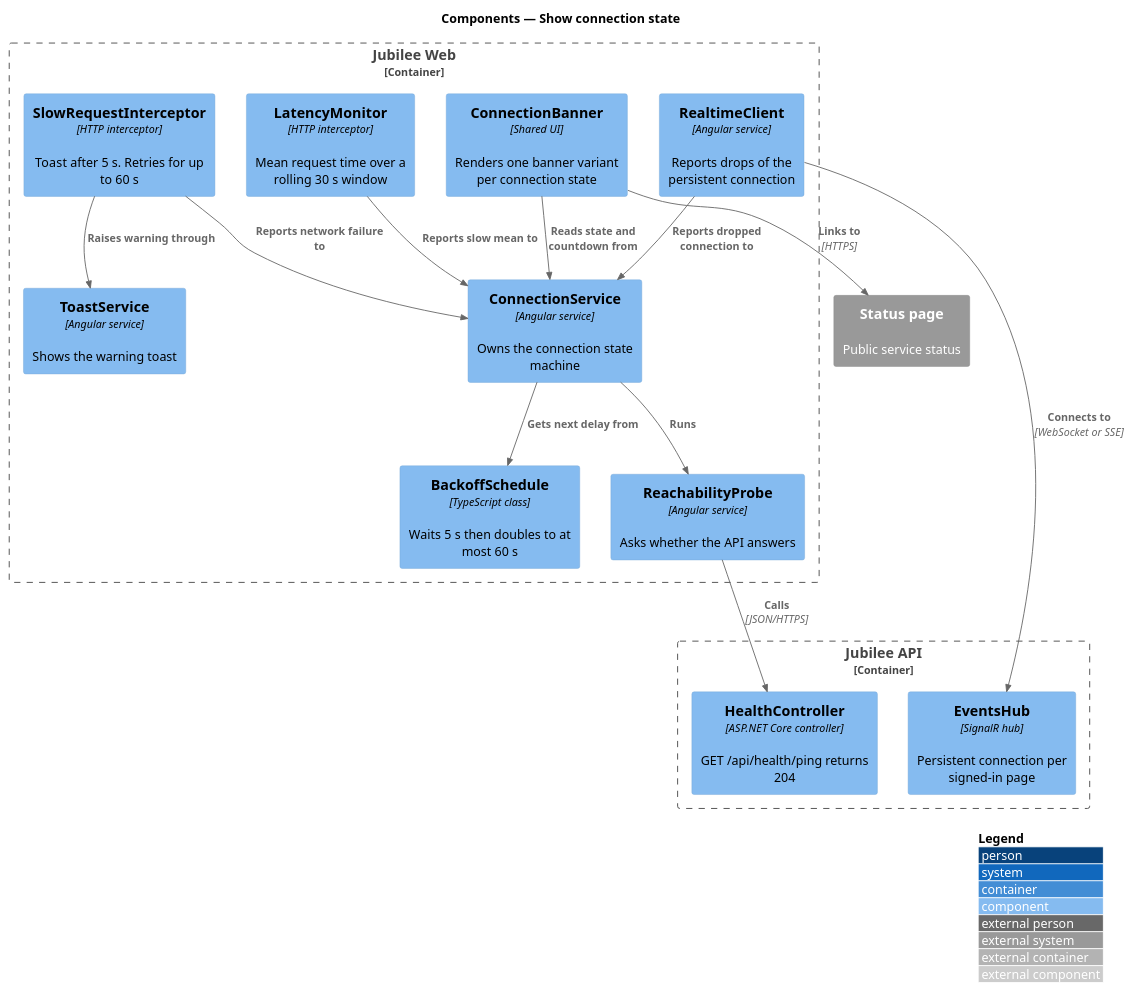
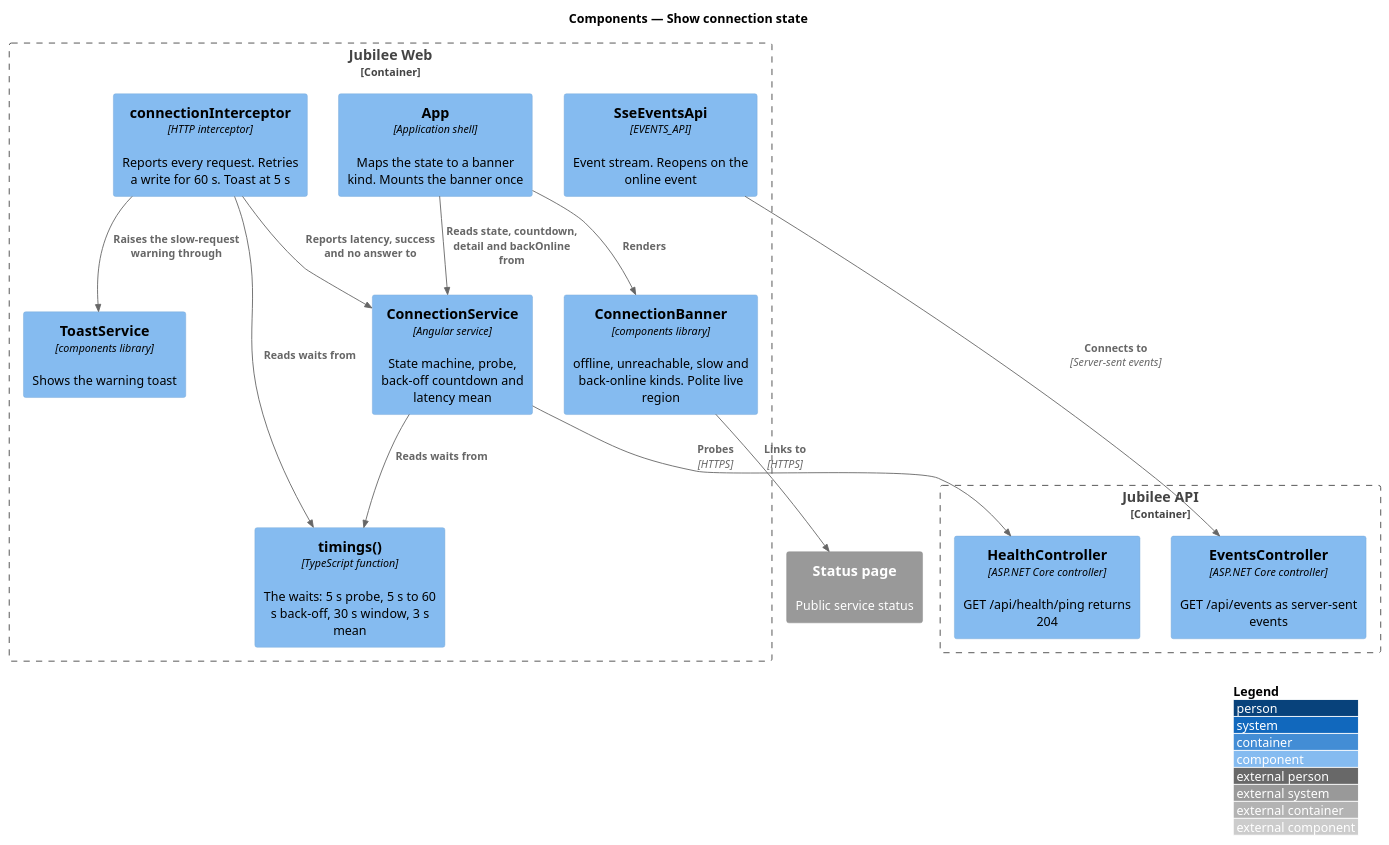
The diagram in docs/detailed-designs/offline/show-connection-state/diagrams/c4-component.puml (QuinntyneBrown/jubilee), drawn with PlantUML before and after one commit. The commit also changed 50 other files, not shown here.

```diff
--- a/docs/detailed-designs/offline/show-connection-state/diagrams/c4-component.puml
+++ b/docs/detailed-designs/offline/show-connection-state/diagrams/c4-component.puml
@@ -1,32 +1,30 @@
 @startuml
 !include <C4/C4_Component>
 LAYOUT_WITH_LEGEND()
 title Components — Show connection state
 
 Container_Boundary(web, "Jubilee Web") {
-  Component(banner, "ConnectionBanner", "Shared UI", "Renders one banner variant per connection state")
-  Component(conn, "ConnectionService", "Angular service", "Owns the connection state machine")
-  Component(backoff, "BackoffSchedule", "TypeScript class", "Waits 5 s then doubles to at most 60 s")
-  Component(probe, "ReachabilityProbe", "Angular service", "Asks whether the API answers")
-  Component(latency, "LatencyMonitor", "HTTP interceptor", "Mean request time over a rolling 30 s window")
-  Component(slow, "SlowRequestInterceptor", "HTTP interceptor", "Toast after 5 s. Retries for up to 60 s")
-  Component(toast, "ToastService", "Angular service", "Shows the warning toast")
-  Component(rt, "RealtimeClient", "Angular service", "Reports drops of the persistent connection")
+  Component(app, "App", "Application shell", "Maps the state to a banner kind. Mounts the banner once")
+  Component(banner, "ConnectionBanner", "components library", "offline, unreachable, slow and back-online kinds. Polite live region")
+  Component(conn, "ConnectionService", "Angular service", "State machine, probe, back-off countdown and latency mean")
+  Component(timings, "timings()", "TypeScript function", "The waits: 5 s probe, 5 s to 60 s back-off, 30 s window, 3 s mean")
+  Component(icpt, "connectionInterceptor", "HTTP interceptor", "Reports every request. Retries a write for 60 s. Toast at 5 s")
+  Component(toast, "ToastService", "components library", "Shows the warning toast")
+  Component(sse, "SseEventsApi", "EVENTS_API", "Event stream. Reopens on the online event")
 }
 Container_Boundary(api, "Jubilee API") {
   Component(health, "HealthController", "ASP.NET Core controller", "GET /api/health/ping returns 204")
-  Component(hub, "EventsHub", "SignalR hub", "Persistent connection per signed-in page")
+  Component(events, "EventsController", "ASP.NET Core controller", "GET /api/events as server-sent events")
 }
 System_Ext(status, "Status page", "Public service status")
 
-Rel(banner, conn, "Reads state and countdown from")
+Rel(app, conn, "Reads state, countdown, detail and backOnline from")
+Rel(app, banner, "Renders")
 Rel(banner, status, "Links to", "HTTPS")
-Rel(conn, backoff, "Gets next delay from")
-Rel(conn, probe, "Runs")
-Rel(latency, conn, "Reports slow mean to")
-Rel(rt, conn, "Reports dropped connection to")
-Rel(slow, conn, "Reports network failure to")
-Rel(slow, toast, "Raises warning through")
-Rel(probe, health, "Calls", "JSON/HTTPS")
-Rel(rt, hub, "Connects to", "WebSocket or SSE")
+Rel(conn, timings, "Reads waits from")
+Rel(conn, health, "Probes", "HTTPS")
+Rel(icpt, conn, "Reports latency, success and no answer to")
+Rel(icpt, toast, "Raises the slow-request warning through")
+Rel(icpt, timings, "Reads waits from")
+Rel(sse, events, "Connects to", "Server-sent events")
 @enduml
```
